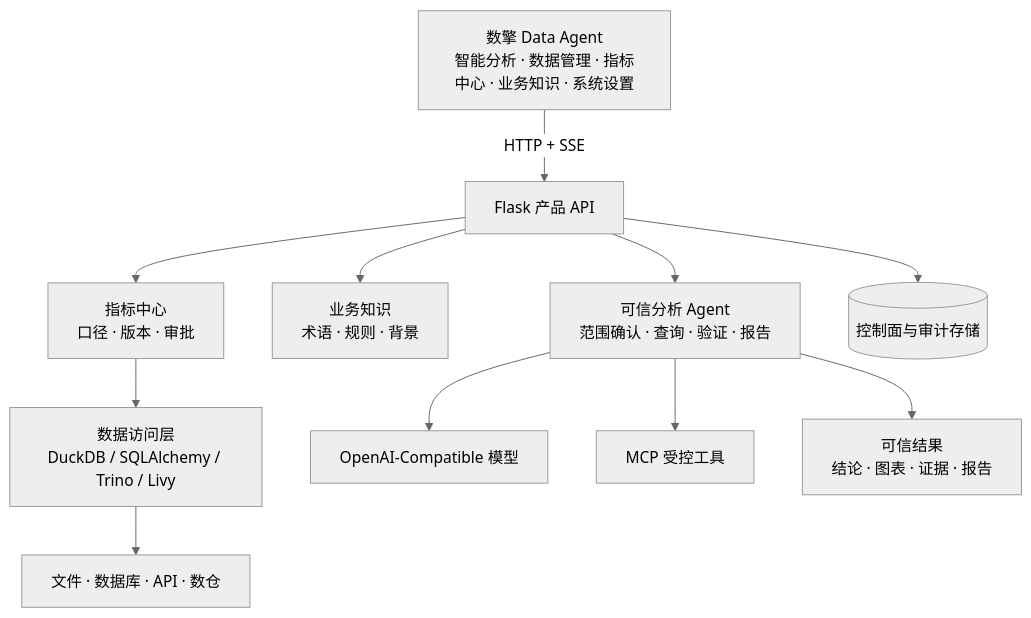
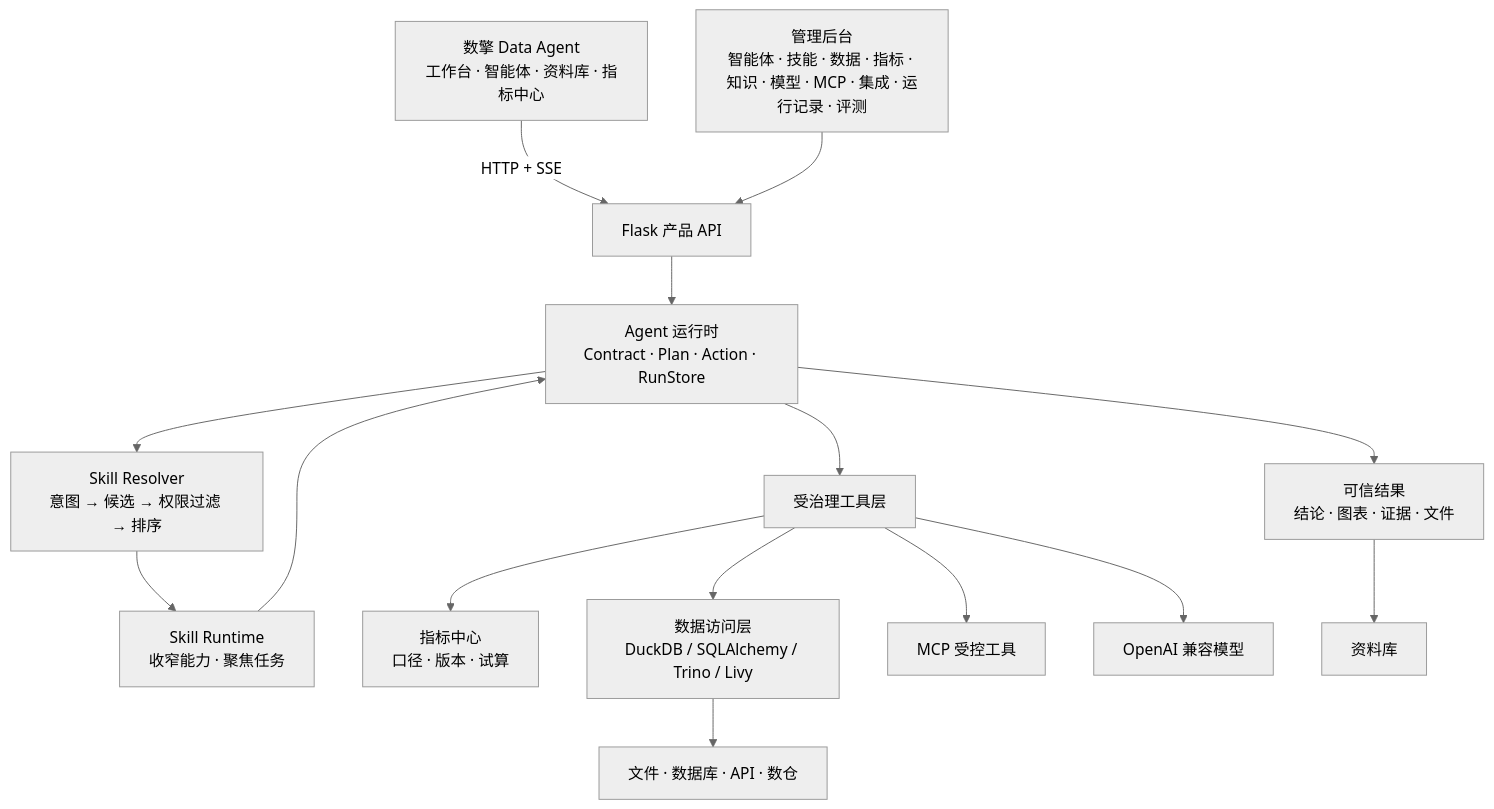
The diagram in README.md (fuyuxiang/data-agent), drawn with Mermaid (neutral theme) before and after one commit. The commit also changed other lines of this file and 108 other files, not shown here.

````diff
--- a/README.md
+++ b/README.md
@@ -117,14 +138,19 @@
 ```mermaid
 flowchart TB
-    UI["数擎 Data Agent<br/>智能分析 · 数据管理 · 指标中心 · 业务知识 · 系统设置"]
+    UI["数擎 Data Agent<br/>工作台 · 智能体 · 资料库 · 指标中心"]
+    ADM["管理后台<br/>智能体 · 技能 · 数据 · 指标 · 知识 · 模型 · MCP · 集成 · 运行记录 · 评测"]
     UI -->|HTTP + SSE| API["Flask 产品 API"]
-    API --> SEMANTIC["指标中心<br/>口径 · 版本 · 审批"]
-    API --> KNOWLEDGE["业务知识<br/>术语 · 规则 · 背景"]
-    API --> AGENT["可信分析 Agent<br/>范围确认 · 查询 · 验证 · 报告"]
-    AGENT --> MODEL["OpenAI-Compatible 模型"]
-    AGENT --> MCP["MCP 受控工具"]
-    SEMANTIC --> DATA["数据访问层<br/>DuckDB / SQLAlchemy / Trino / Livy"]
+    ADM --> API
+    API --> LOOP["Agent 运行时<br/>Contract · Plan · Action · RunStore"]
+    LOOP --> RESOLVER["Skill Resolver<br/>意图 → 候选 → 权限过滤 → 排序"]
+    RESOLVER --> SKILLS["Skill Runtime<br/>收窄能力 · 聚焦任务"]
+    SKILLS --> LOOP
+    LOOP --> TOOLS["受治理工具层"]
+    TOOLS --> SEMANTIC["指标中心<br/>口径 · 版本 · 试算"]
+    TOOLS --> DATA["数据访问层<br/>DuckDB / SQLAlchemy / Trino / Livy"]
+    TOOLS --> MCP["MCP 受控工具"]
+    TOOLS --> MODEL["OpenAI 兼容模型"]
     DATA --> SOURCES["文件 · 数据库 · API · 数仓"]
-    AGENT --> RESULT["可信结果<br/>结论 · 图表 · 证据 · 报告"]
-    API --> CONTROL[("控制面与审计存储")]
+    LOOP --> RESULT["可信结果<br/>结论 · 图表 · 证据 · 文件"]
+    RESULT --> LIB["资料库"]
 ```
````
